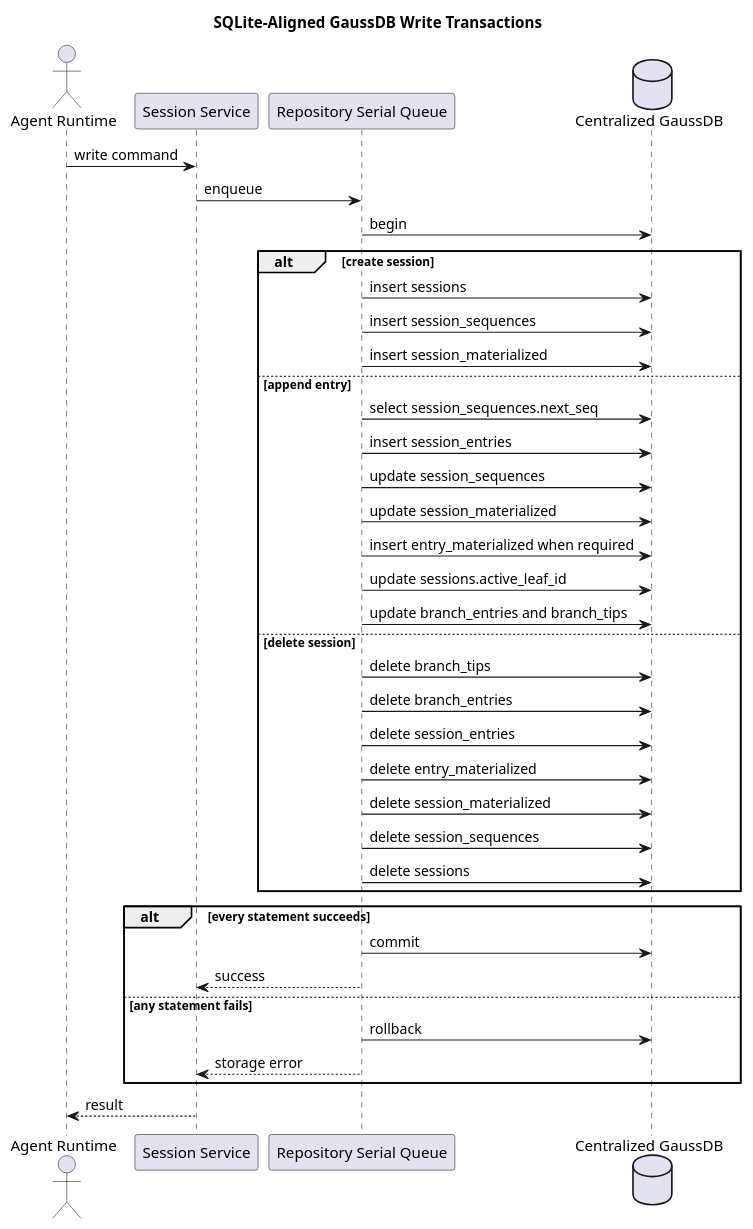
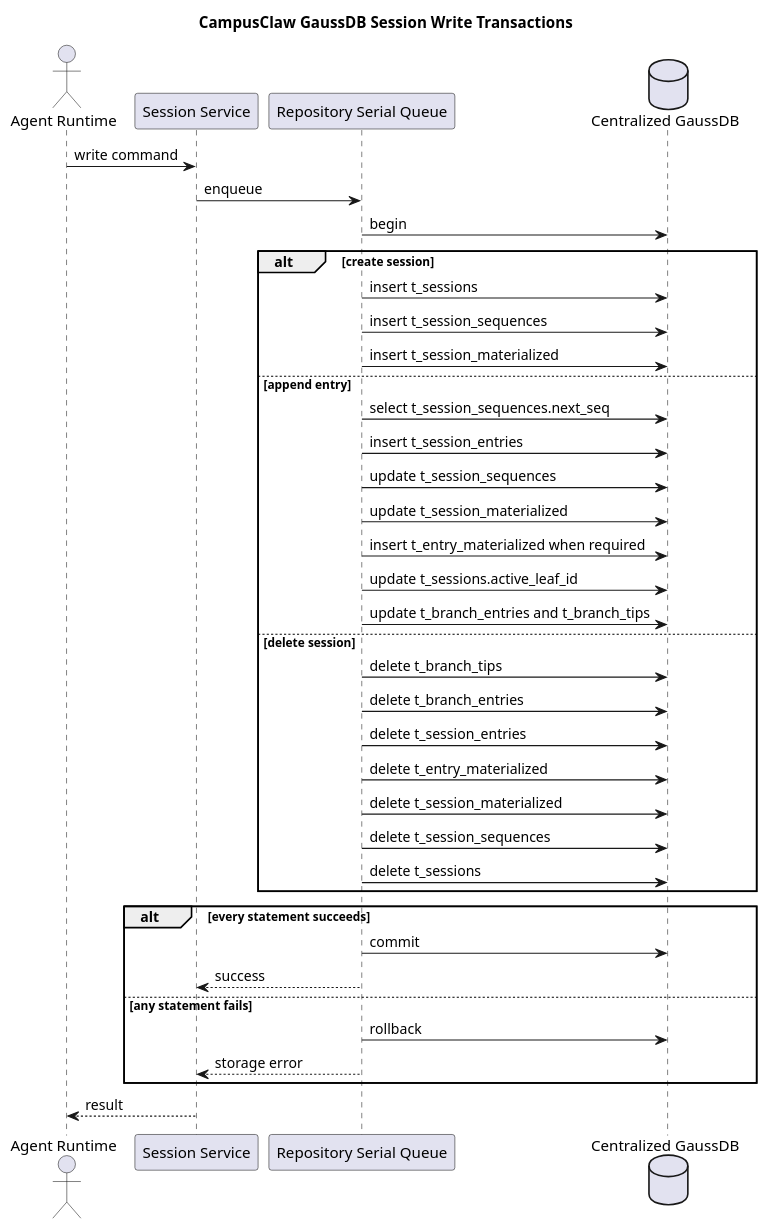
Before and after one commit to superheromeZzh/pi-mono-java-design: the second of 4 diagrams in diagrams/memory/diagram.puml, drawn with PlantUML. The commit also changed other lines of this file and 5 other files, not shown here.

Commit message:
docs: externalize CampusClaw schema upgrades

```diff
--- a/diagrams/memory/diagram.puml
+++ b/diagrams/memory/diagram.puml
@@ -59,55 +70,57 @@
 @startuml memory-write-transaction
-title SQLite-Aligned GaussDB Write Transactions
+title CampusClaw GaussDB Session Write Transactions
 skinparam backgroundColor #FFFFFF
 
 ' Source evidence:
 ' - badlogic/pi-mono@f0deb8dd8e9611e89b5bc4145ca92c03ae6ed4ee
-' - packages/storage/sqlite-node/src/sqlite/storage/index.ts: create and appendEntry
+' - packages/storage/sqlite-node/src/sqlite/storage/index.ts: SqliteSessionConnection.create
+' - packages/storage/sqlite-node/src/sqlite/storage/index.ts: SqliteSessionConnection.appendEntry
 ' - packages/storage/sqlite-node/src/sqlite/storage/branch-cache.ts: appendEntryToBranchCache
-' - packages/storage/sqlite-node/src/sqlite/repo.ts: delete
-' Observed behavior: create, append, and delete use explicit SQLite transaction order.
-' Target adaptation: execute the same table writes through JDBC and GaussDB SQL syntax.
-' Design reason: do not add revision, idempotency, row-lock protocol, or cascade delete.
+' - packages/storage/sqlite-node/src/sqlite/repo.ts: SqliteSessionBackend.delete
+' Observed behavior: pi create, append, and delete use an explicit transaction order.
+' Target adaptation: preserve the row semantics and order with CampusClaw table names.
+' Product constraint: target table names use the t_ prefix.
+' Design reason: do not add revision, idempotency, row locks, or cascade delete.
 
 actor "Agent Runtime" as runtime
 participant "Session Service" as service
 participant "Repository Serial Queue" as queue
 database "Centralized GaussDB" as db
 
 runtime -> service : write command
 service -> queue : enqueue
 queue -> db : begin
 
 alt create session
-  queue -> db : insert sessions
-  queue -> db : insert session_sequences
-  queue -> db : insert session_materialized
+  queue -> db : insert t_sessions
+  queue -> db : insert t_session_sequences
+  queue -> db : insert t_session_materialized
 else append entry
-  queue -> db : select session_sequences.next_seq
-  queue -> db : insert session_entries
-  queue -> db : update session_sequences
-  queue -> db : update session_materialized
-  queue -> db : insert entry_materialized when required
-  queue -> db : update sessions.active_leaf_id
-  queue -> db : update branch_entries and branch_tips
+  queue -> db : select t_session_sequences.next_seq
+  queue -> db : insert t_session_entries
+  queue -> db : update t_session_sequences
+  queue -> db : update t_session_materialized
+  queue -> db : insert t_entry_materialized when required
+  queue -> db : update t_sessions.active_leaf_id
+  queue -> db : update t_branch_entries and t_branch_tips
 else delete session
-  queue -> db : delete branch_tips
-  queue -> db : delete branch_entries
-  queue -> db : delete session_entries
-  queue -> db : delete entry_materialized
-  queue -> db : delete session_materialized
-  queue -> db : delete session_sequences
-  queue -> db : delete sessions
+  queue -> db : delete t_branch_tips
+  queue -> db : delete t_branch_entries
+  queue -> db : delete t_session_entries
+  queue -> db : delete t_entry_materialized
+  queue -> db : delete t_session_materialized
+  queue -> db : delete t_session_sequences
+  queue -> db : delete t_sessions
 end
 
 alt every statement succeeds
   queue -> db : commit
   queue --> service : success
 else any statement fails
   queue -> db : rollback
   queue --> service : storage error
 end
 
 service --> runtime : result
 
 @enduml
```
